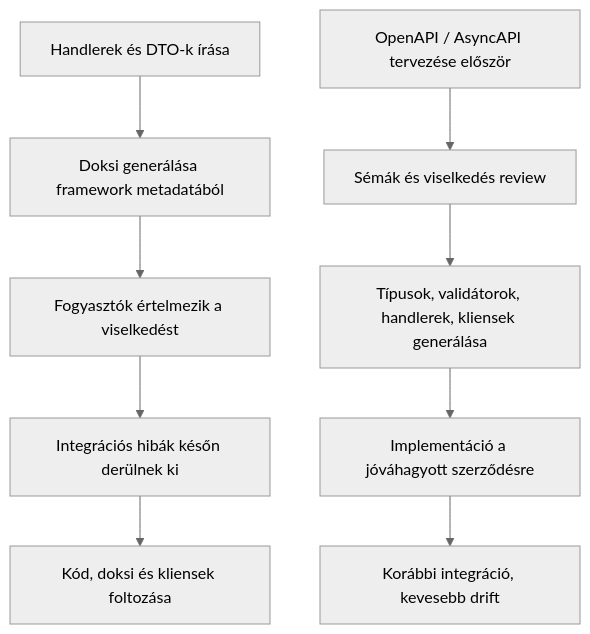
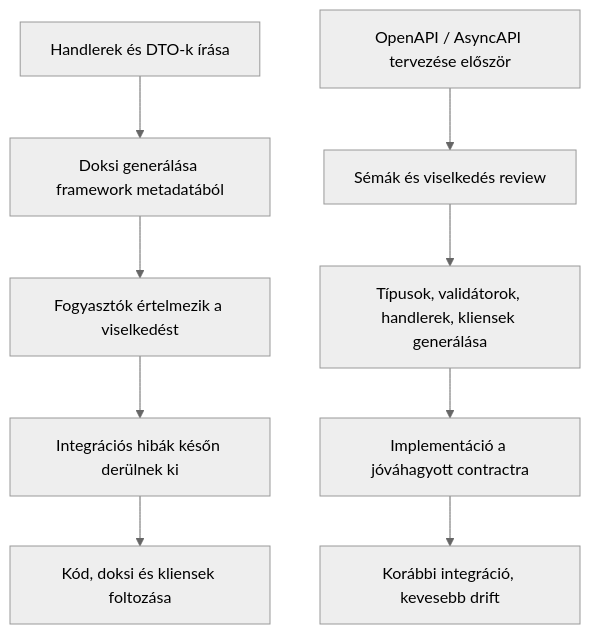
One commit to monad-systems/monad.hu changed the first of 3 diagrams in posts/hu/contract-first-json-schema.md. Above: the diagram before and after it, drawn with Mermaid (neutral theme). The commit also changed other lines of this file and 5 other files, not shown here.

````diff
--- a/posts/hu/contract-first-json-schema.md
+++ b/posts/hu/contract-first-json-schema.md
@@ -72,12 +72,12 @@
 ```mermaid
 flowchart TD
     A[Handlerek és DTO-k írása] --> B[Doksi generálása framework metadatából]
     B --> C[Fogyasztók értelmezik a viselkedést]
     C --> D[Integrációs hibák későn derülnek ki]
     D --> E[Kód, doksi és kliensek foltozása]
 
     F[OpenAPI / AsyncAPI tervezése először] --> G[Sémák és viselkedés review]
     G --> H[Típusok, validátorok, handlerek, kliensek generálása]
-    H --> I[Implementáció a jóváhagyott szerződésre]
+    H --> I[Implementáció a jóváhagyott contractra]
     I --> J[Korábbi integráció, kevesebb drift]
 ```
````
